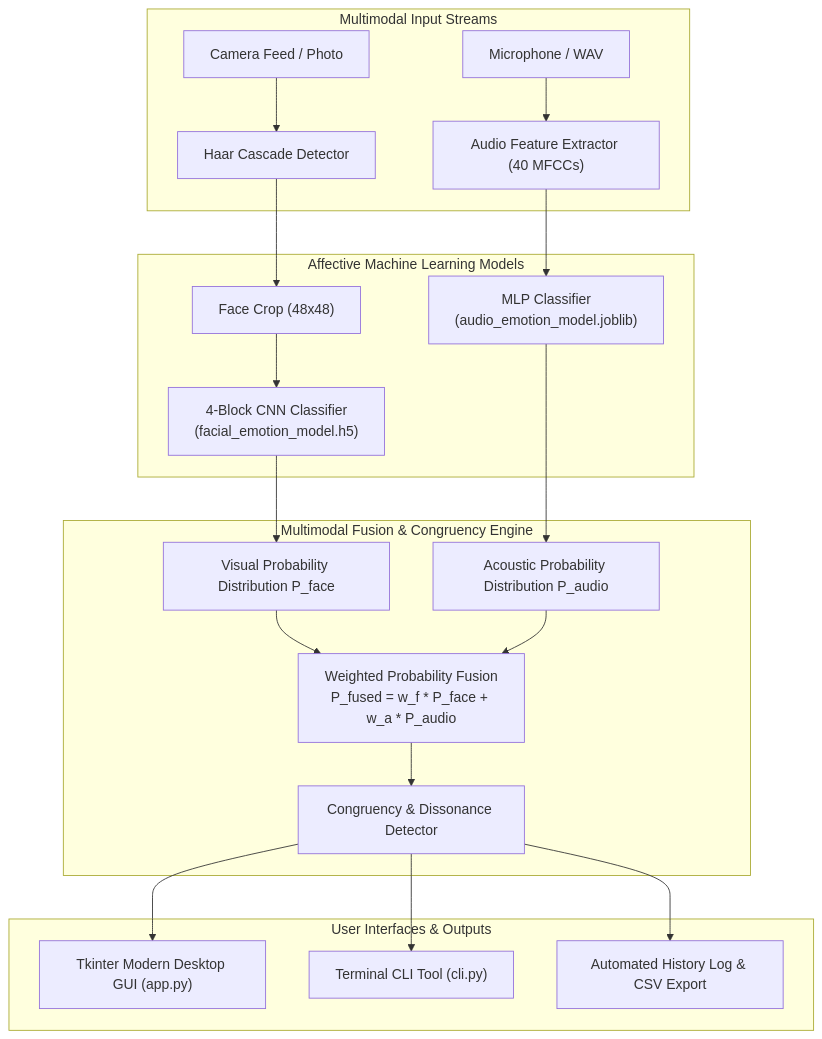
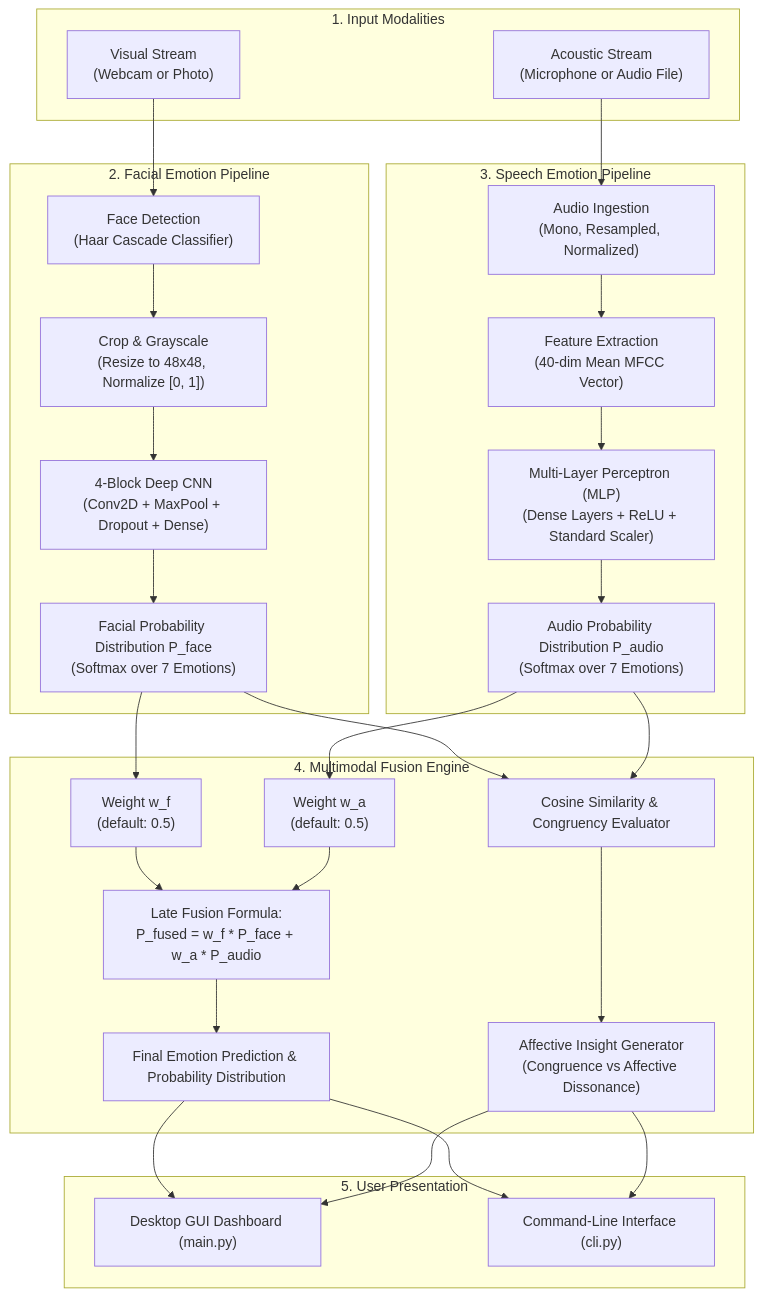
Before and after one commit to KornipatiAkash-1969/Facial-Audio-Emotion-Recognition: the diagram in README.md, drawn with Mermaid. The commit also changed other lines of this file and 1 other file, not shown here.

Commit message:
Add main.py launcher and expand README with architecture, execution, and details

````diff
--- a/README.md
+++ b/README.md
@@ -36,27 +50,39 @@
 ```mermaid
 flowchart TD
-    subgraph Inputs["Multimodal Input Streams"]
-        A1["Camera Feed / Photo"] --> B1["Haar Cascade Detector"]
-        A2["Microphone / WAV"] --> B2["Audio Feature Extractor (40 MFCCs)"]
+    subgraph InputStreams["1. Input Modalities"]
+        V["Visual Stream\n(Webcam or Photo)"]
+        A["Acoustic Stream\n(Microphone or Audio File)"]
     end
 
-    subgraph DeepLearning["Affective Machine Learning Models"]
-        B1 --> C1["Face Crop (48x48)"]
-        C1 --> D1["4-Block CNN Classifier\n(facial_emotion_model.h5)"]
-        B2 --> D2["MLP Classifier\n(audio_emotion_model.joblib)"]
+    subgraph FacePipeline["2. Facial Emotion Pipeline"]
+        V --> FD["Face Detection\n(Haar Cascade Classifier)"]
+        FD --> FC["Crop & Grayscale\n(Resize to 48x48, Normalize [0, 1])"]
+        FC --> CNN["4-Block Deep CNN\n(Conv2D + MaxPool + Dropout + Dense)"]
+        CNN --> P_Face["Facial Probability Distribution P_face\n(Softmax over 7 Emotions)"]
     end
 
-    subgraph DecisionFusion["Multimodal Fusion & Congruency Engine"]
-        D1 --> E1["Visual Probability Distribution P_face"]
-        D2 --> E2["Acoustic Probability Distribution P_audio"]
-        E1 --> F["Weighted Probability Fusion\nP_fused = w_f * P_face + w_a * P_audio"]
-        E2 --> F
-        F --> G["Congruency & Dissonance Detector"]
+    subgraph AudioPipeline["3. Speech Emotion Pipeline"]
+        A --> AR["Audio Ingestion\n(Mono, Resampled, Normalized)"]
+        AR --> MFCC["Feature Extraction\n(40-dim Mean MFCC Vector)"]
+        MFCC --> MLP["Multi-Layer Perceptron (MLP)\n(Dense Layers + ReLU + Standard Scaler)"]
+        MLP --> P_Audio["Audio Probability Distribution P_audio\n(Softmax over 7 Emotions)"]
     end
 
-    subgraph UserInterfaces["User Interfaces & Outputs"]
-        G --> H1["Tkinter Modern Desktop GUI (app.py)"]
-        G --> H2["Terminal CLI Tool (cli.py)"]
-        G --> H3["Automated History Log & CSV Export"]
+    subgraph FusionEngine["4. Multimodal Fusion Engine"]
+        P_Face --> W_Face["Weight w_f\n(default: 0.5)"]
+        P_Audio --> W_Audio["Weight w_a\n(default: 0.5)"]
+        W_Face --> Fused["Late Fusion Formula:\nP_fused = w_f * P_face + w_a * P_audio"]
+        W_Audio --> Fused
+        Fused --> ArgMax["Final Emotion Prediction & Probability Distribution"]
+        P_Face --> CosSim["Cosine Similarity & Congruency Evaluator"]
+        P_Audio --> CosSim
+        CosSim --> Insight["Affective Insight Generator\n(Congruence vs Affective Dissonance)"]
+    end
+
+    subgraph Outputs["5. User Presentation"]
+        ArgMax --> GUI["Desktop GUI Dashboard (main.py)"]
+        Insight --> GUI
+        ArgMax --> CLI["Command-Line Interface (cli.py)"]
+        Insight --> CLI
     end
 ```
````
